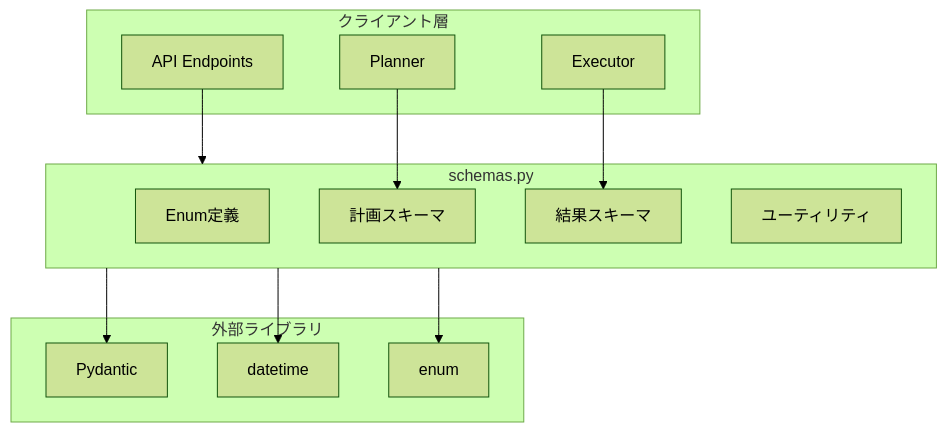
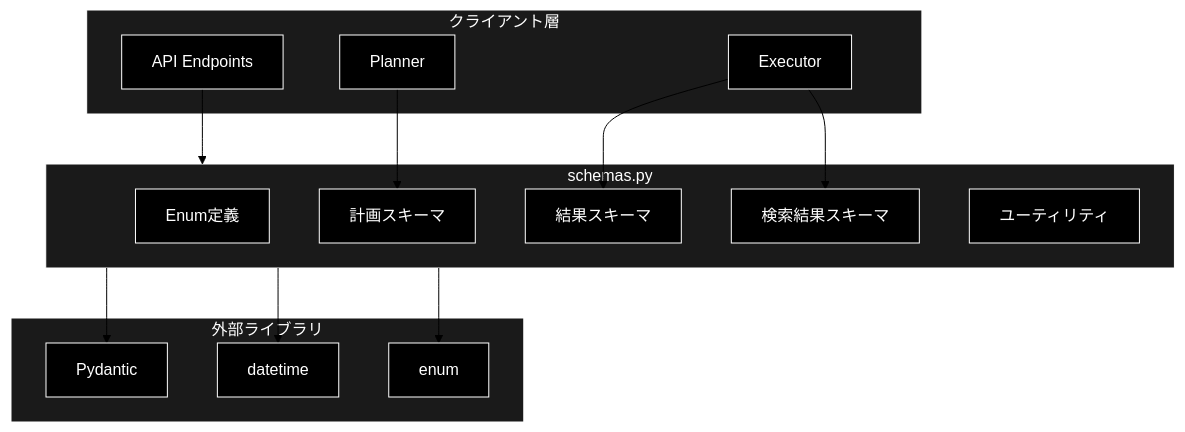
Before and after one commit to nakashima2toshio/anthropic_grace_agent_v2: the first of 4 diagrams in grace/doc/schemas.md, drawn with Mermaid (forest theme). The commit also changed other lines of this file and 9 other files, not shown here.

````diff
--- a/grace/doc/schemas.md
+++ b/grace/doc/schemas.md
@@ -52,28 +55,36 @@
 ```mermaid
 flowchart TB
     subgraph CLIENT["クライアント層"]
-        PLANNER[Planner]
-        EXECUTOR[Executor]
-        API[API Endpoints]
+        PLANNER["Planner"]
+        EXECUTOR["Executor"]
+        API["API Endpoints"]
     end
 
     subgraph MODULE["schemas.py"]
-        ENUMS[Enum定義]
-        PLAN_SCHEMAS[計画スキーマ]
-        RESULT_SCHEMAS[結果スキーマ]
-        UTILS[ユーティリティ]
+        ENUMS["Enum定義"]
+        PLAN_SCHEMAS["計画スキーマ"]
+        RESULT_SCHEMAS["結果スキーマ"]
+        SEARCH_SCHEMAS["検索結果スキーマ"]
+        UTILS["ユーティリティ"]
     end
 
     subgraph EXTERNAL["外部ライブラリ"]
-        PYDANTIC[Pydantic]
-        DATETIME[datetime]
-        ENUM[enum]
+        PYDANTIC["Pydantic"]
+        DATETIME["datetime"]
+        ENUM["enum"]
     end
 
     PLANNER --> PLAN_SCHEMAS
     EXECUTOR --> RESULT_SCHEMAS
+    EXECUTOR --> SEARCH_SCHEMAS
     API --> MODULE
     MODULE --> PYDANTIC
     MODULE --> DATETIME
     MODULE --> ENUM
+classDef default fill:#000,stroke:#fff,color:#fff
+classDef subgraphStyle fill:#1a1a1a,stroke:#fff,color:#fff
+class PLANNER,EXECUTOR,API,ENUMS,PLAN_SCHEMAS,RESULT_SCHEMAS,SEARCH_SCHEMAS,UTILS,PYDANTIC,DATETIME,ENUM default
+style CLIENT fill:#1a1a1a,stroke:#fff,color:#fff
+style MODULE fill:#1a1a1a,stroke:#fff,color:#fff
+style EXTERNAL fill:#1a1a1a,stroke:#fff,color:#fff
 ```
````
